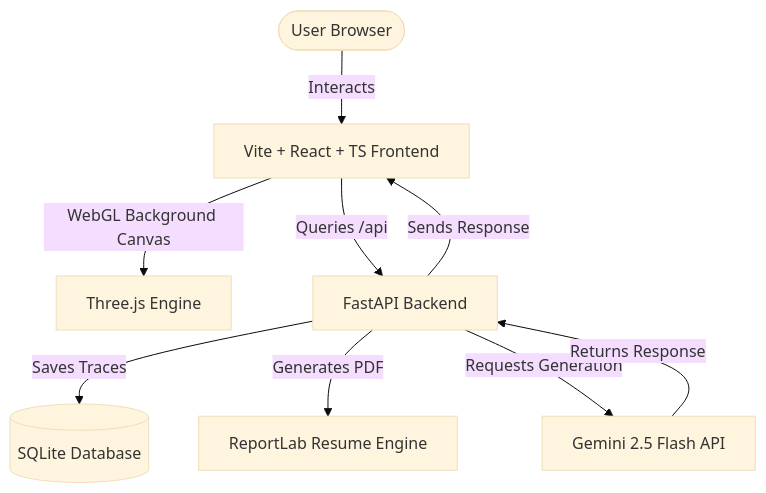
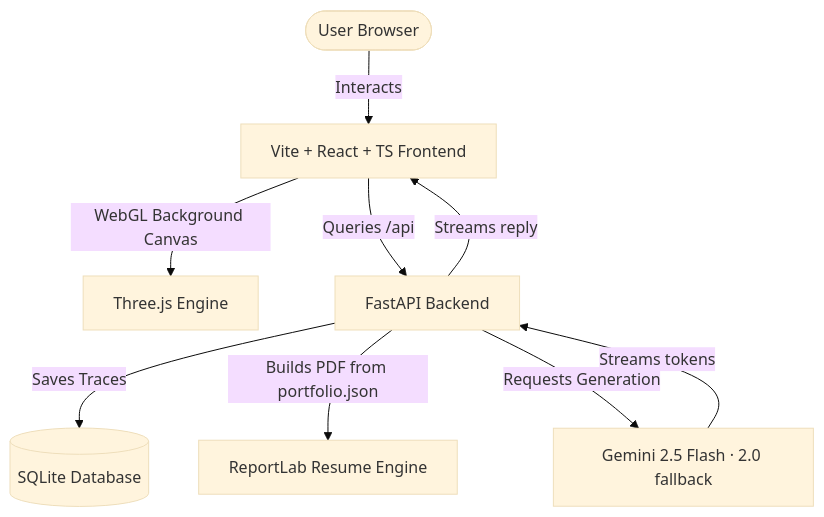
The diagram in README.md (hemanthnagasai/Portfolio), drawn with Mermaid (base theme) before and after one commit. The commit also changed other lines of this file and 1 other file, not shown here.

````diff
--- a/README.md
+++ b/README.md
@@ -40,11 +40,11 @@
 ```mermaid
 graph TD
     User([User Browser]) -->|Interacts| FE[Vite + React + TS Frontend]
     FE -->|WebGL Background Canvas| Canvas[Three.js Engine]
     FE -->|Queries /api| BE[FastAPI Backend]
     BE -->|Saves Traces| DB[(SQLite Database)]
-    BE -->|Generates PDF| PDF[ReportLab Resume Engine]
-    BE -->|Requests Generation| Gemini[Gemini 2.5 Flash API]
-    Gemini -->|Returns Response| BE
-    BE -->|Sends Response| FE
+    BE -->|Builds PDF from portfolio.json| PDF[ReportLab Resume Engine]
+    BE -->|Requests Generation| Gemini[Gemini 2.5 Flash · 2.0 fallback]
+    Gemini -->|Streams tokens| BE
+    BE -->|Streams reply| FE
 ```
````
